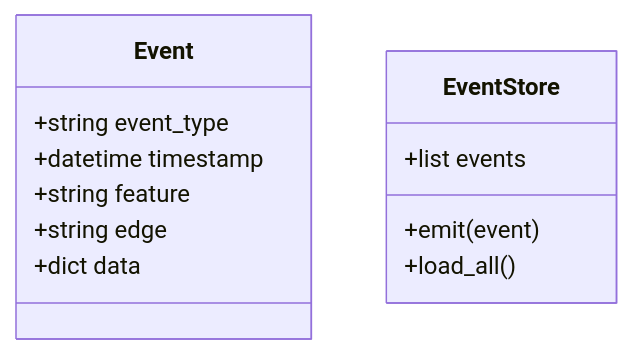
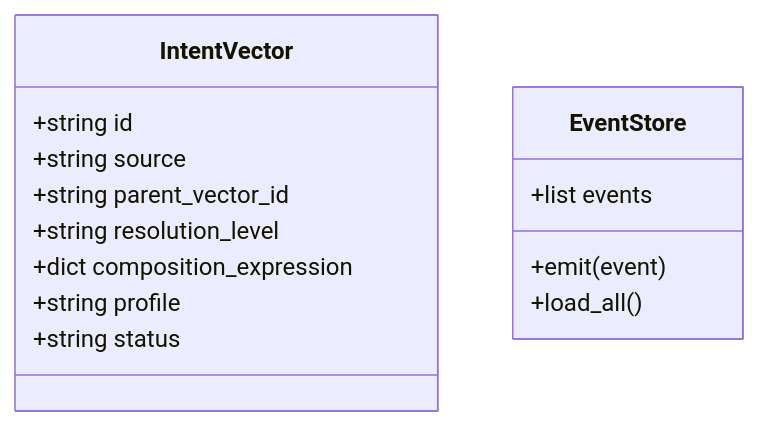
The diagram in imp_gemini/design/ENGINE_DESIGN.md (foolishimp/ai_sdlc_method), drawn with Mermaid before and after one commit. The commit also changed other lines of this file and 8 other files, not shown here.

````diff
--- a/imp_gemini/design/ENGINE_DESIGN.md
+++ b/imp_gemini/design/ENGINE_DESIGN.md
@@ -43,15 +32,17 @@
 ```mermaid
 classDiagram
-    class Event {
-        +string event_type
-        +datetime timestamp
-        +string feature
-        +string edge
-        +dict data
+    class IntentVector {
+        +string id
+        +string source
+        +string parent_vector_id
+        +string resolution_level
+        +dict composition_expression
+        +string profile
+        +string status
     }
     class EventStore {
         +list events
         +emit(event)
         +load_all()
     }
 ```
````
